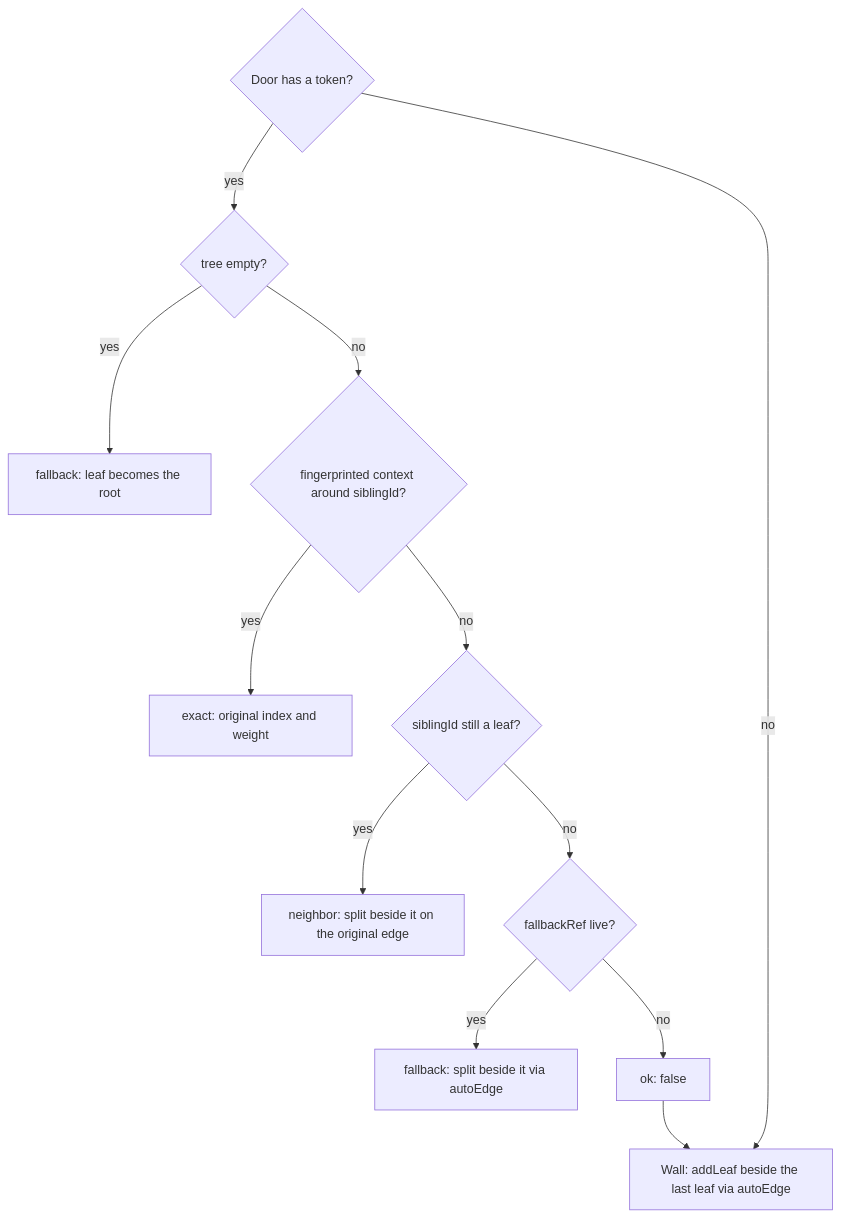
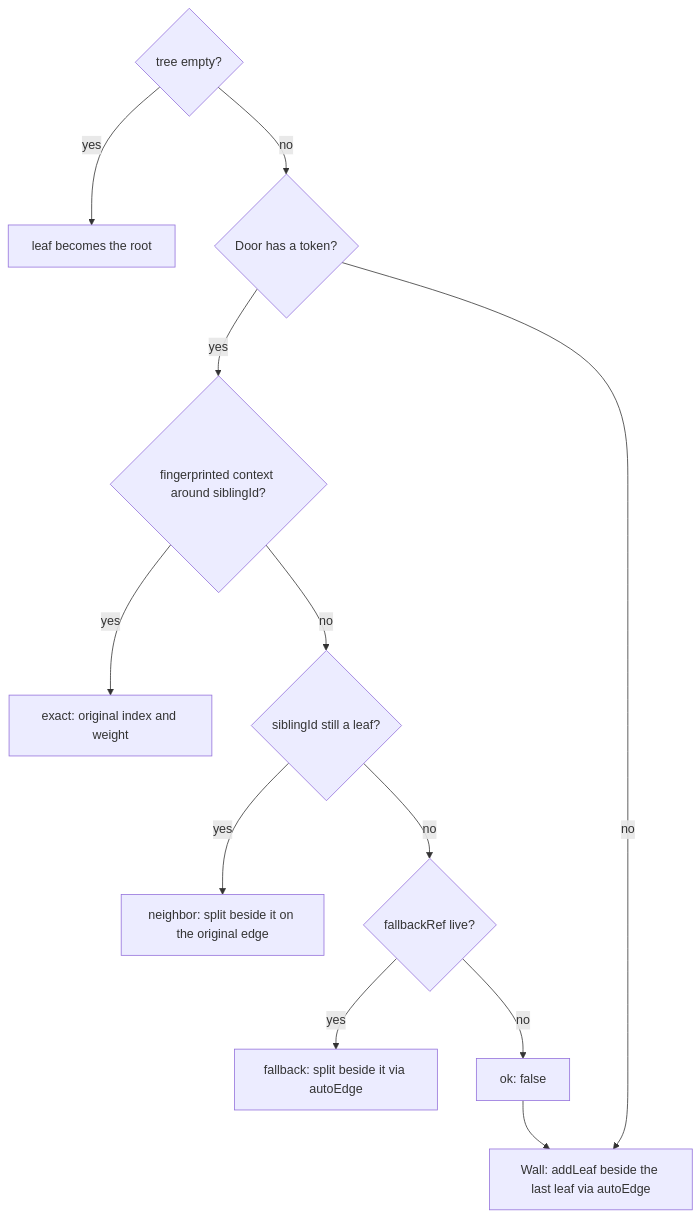
Before and after one commit to diffplug/dormouse: the second of 2 diagrams in docs/specs/tiling-engine.md, drawn with Mermaid.

Commit message:
tiling-engine: review fixes to the restore-tier diagram
- Check for an empty tree before the token (fixes 2fa847284): a tokenless
  Door reattaching into an empty tree goes to addLeaf, which roots it.

````diff
--- a/docs/specs/tiling-engine.md
+++ b/docs/specs/tiling-engine.md
@@ -109,14 +109,14 @@
 ```mermaid
 flowchart TD
-  T{"Door has a token?"} -- yes --> EM{"tree empty?"}
-  EM -- yes --> ROOT["fallback: leaf becomes the root"]
-  EM -- no --> EX{"fingerprinted context around siblingId?"}
+  EM{"tree empty?"} -- yes --> ROOT["leaf becomes the root"]
+  EM -- no --> T{"Door has a token?"}
+  T -- yes --> EX{"fingerprinted context around siblingId?"}
   EX -- yes --> T1["exact: original index and weight"]
   EX -- no --> NB{"siblingId still a leaf?"}
   NB -- yes --> T2["neighbor: split beside it on the original edge"]
   NB -- no --> FB{"fallbackRef live?"}
   FB -- yes --> T3["fallback: split beside it via autoEdge"]
   FB -- no --> NO["ok: false"]
   T -- no --> AL["Wall: addLeaf beside the last leaf via autoEdge"]
   NO --> AL
 ```
````
